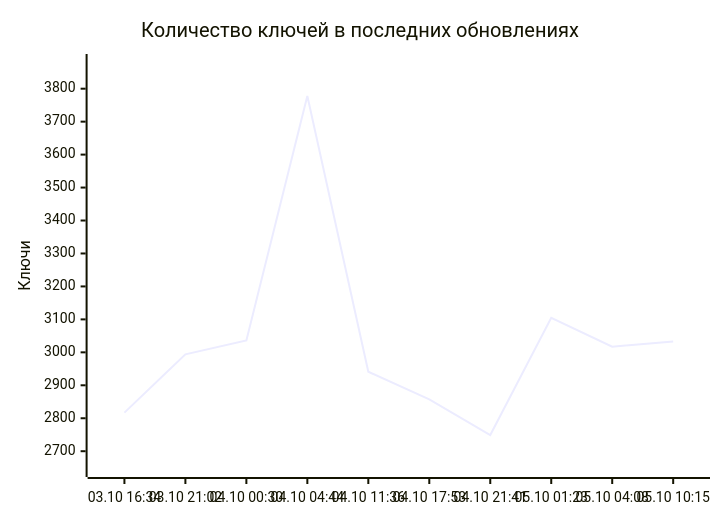
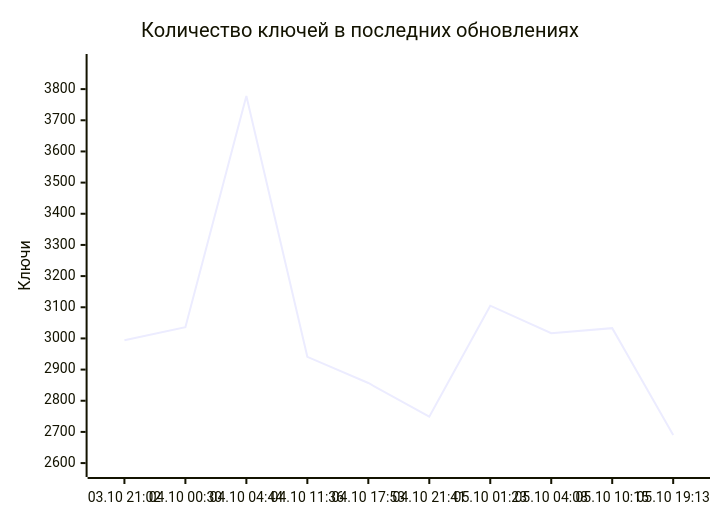
Before and after one commit to markKikhtenko/WireVeil: the diagram in README.md, drawn with Mermaid. The commit also changed other lines of this file and 12 other files, not shown here.

````diff
--- a/README.md
+++ b/README.md
@@ -55,7 +55,7 @@
 ```mermaid
 xychart-beta
     title "Количество ключей в последних обновлениях"
-    x-axis ["03.10 16:34", "03.10 21:02", "04.10 00:30", "04.10 04:44", "04.10 11:36", "04.10 17:53", "04.10 21:41", "05.10 01:23", "05.10 04:08", "05.10 10:15"]
-    y-axis "Ключи" 2646 --> 3881
-    line [2817, 2994, 3036, 3778, 2941, 2857, 2749, 3105, 3017, 3033]
+    x-axis ["03.10 21:02", "04.10 00:30", "04.10 04:44", "04.10 11:36", "04.10 17:53", "04.10 21:41", "05.10 01:23", "05.10 04:08", "05.10 10:15", "05.10 19:13"]
+    y-axis "Ключи" 2581 --> 3887
+    line [2994, 3036, 3778, 2941, 2857, 2749, 3105, 3017, 3033, 2690]
 ```
````
